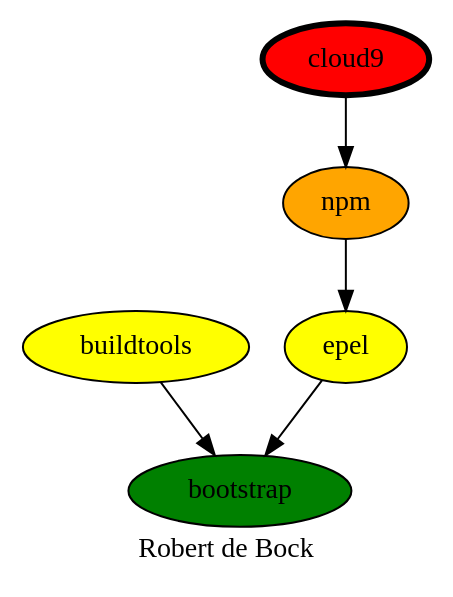
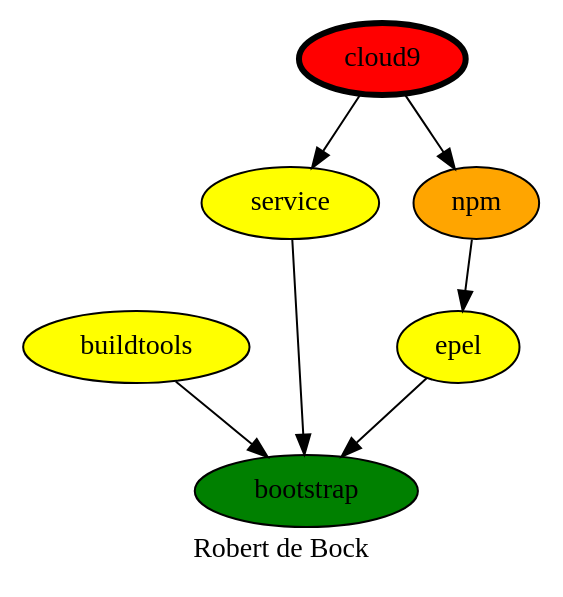
One commit to robertdebock/drawings changed the diagram in cloud9.dot. Above: the diagram before and after it, drawn with Graphviz. The commit also changed 7 other files, not shown here.

```diff
--- a/cloud9.dot
+++ b/cloud9.dot
@@ -1,14 +1,15 @@
 digraph PhiloDilemma {
   label = "Robert de Bock" ;
   overlap=false
   {
     bootstrap [fillcolor=green style=filled]
     buildtools [fillcolor=yellow style=filled]
+    service [fillcolor=yellow style=filled]
     epel [fillcolor=yellow style=filled]
     npm [fillcolor=orange style=filled]
     cloud9 [fillcolor=red style=filled penwidth=3]
   }
-  {buildtools epel} -> bootstrap
+  {buildtools epel service} -> bootstrap
   npm -> epel
-  cloud9 -> npm
+  cloud9 -> {npm service}
 }
```
